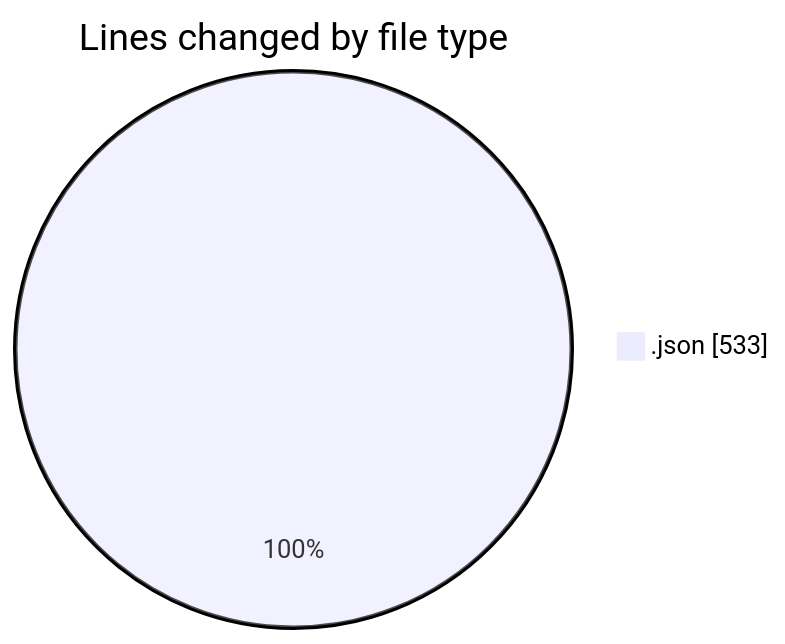
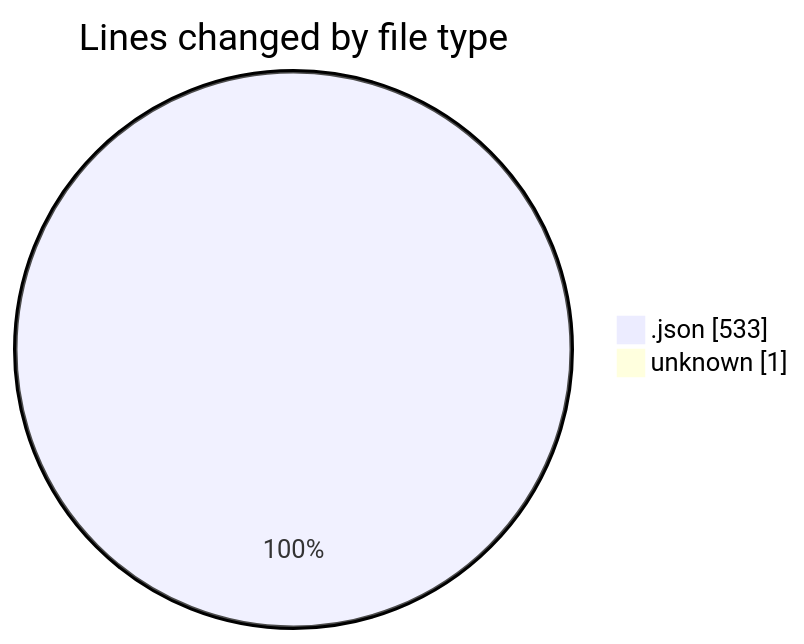
Before and after one commit to EIIisD/code-tracking: the first of 2 diagrams in 2025-07-24/uc/README.md, drawn with Mermaid. The commit also changed other lines of this file and 1 other file, not shown here.

````diff
--- a/2025-07-24/uc/README.md
+++ b/2025-07-24/uc/README.md
@@ -20,5 +21,6 @@
 ```mermaid
 pie showData
 title Lines changed by file type
 ".json" : 533
+"unknown" : 1
 ```
````
